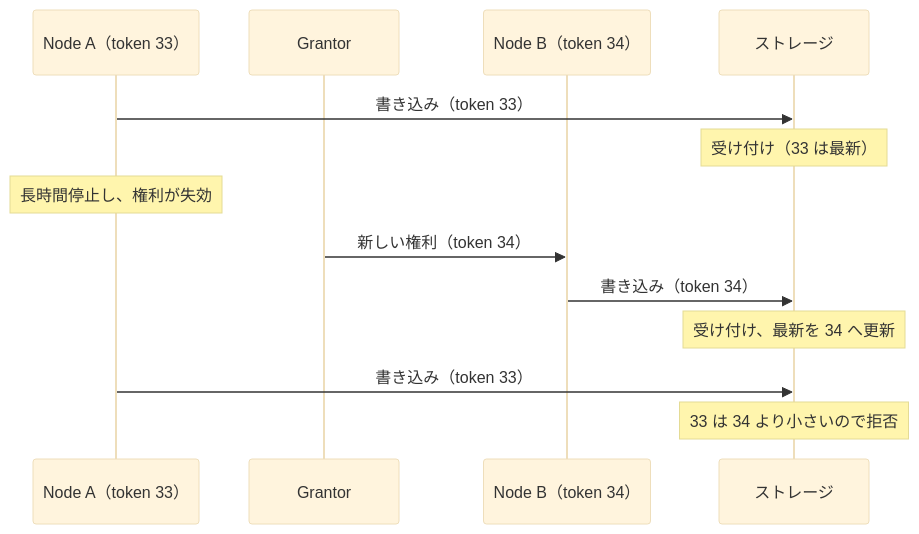
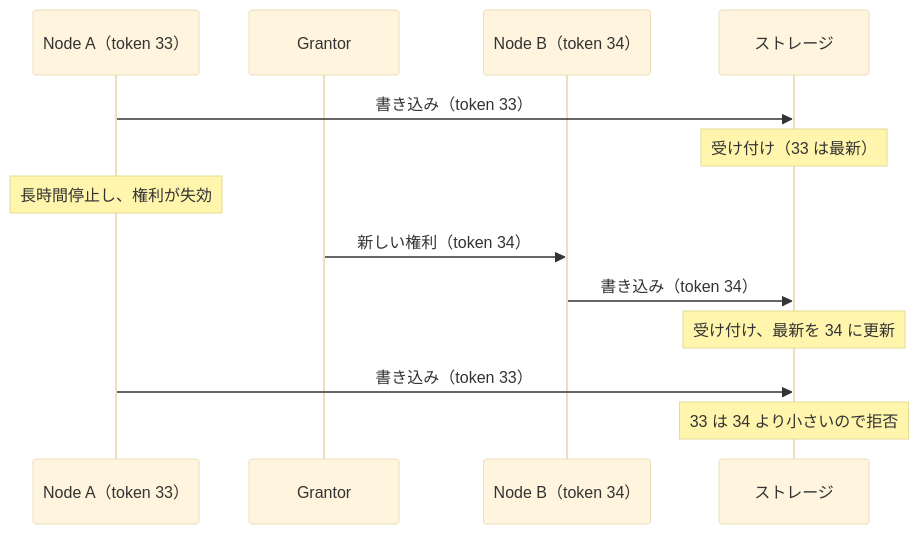
The fourth of 4 diagrams in content/notes/distributed-systems/lease/index.md (nao1215/debimate), drawn with Mermaid (base theme) before and after one commit. The commit also changed other lines of this file and 46 other files, not shown here.

````diff
--- a/content/notes/distributed-systems/lease/index.md
+++ b/content/notes/distributed-systems/lease/index.md
@@ -97,15 +97,15 @@
 ```mermaid
 sequenceDiagram
     participant A as Node A（token 33）
     participant G as Grantor
     participant B as Node B（token 34）
     participant S as ストレージ
     A->>S: 書き込み（token 33）
     Note over S: 受け付け（33 は最新）
     Note over A: 長時間停止し、権利が失効
     G->>B: 新しい権利（token 34）
     B->>S: 書き込み（token 34）
-    Note over S: 受け付け、最新を 34 へ更新
+    Note over S: 受け付け、最新を 34 に更新
     A->>S: 書き込み（token 33）
     Note over S: 33 は 34 より小さいので拒否
 ```
````
